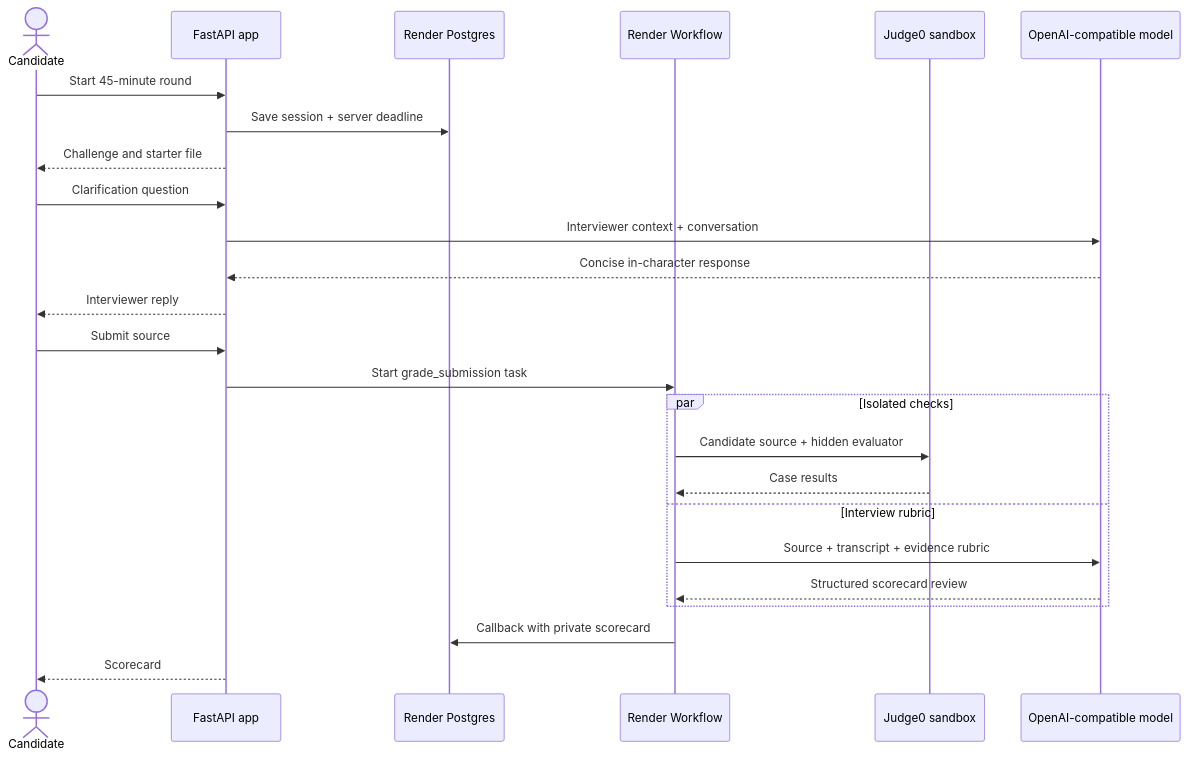
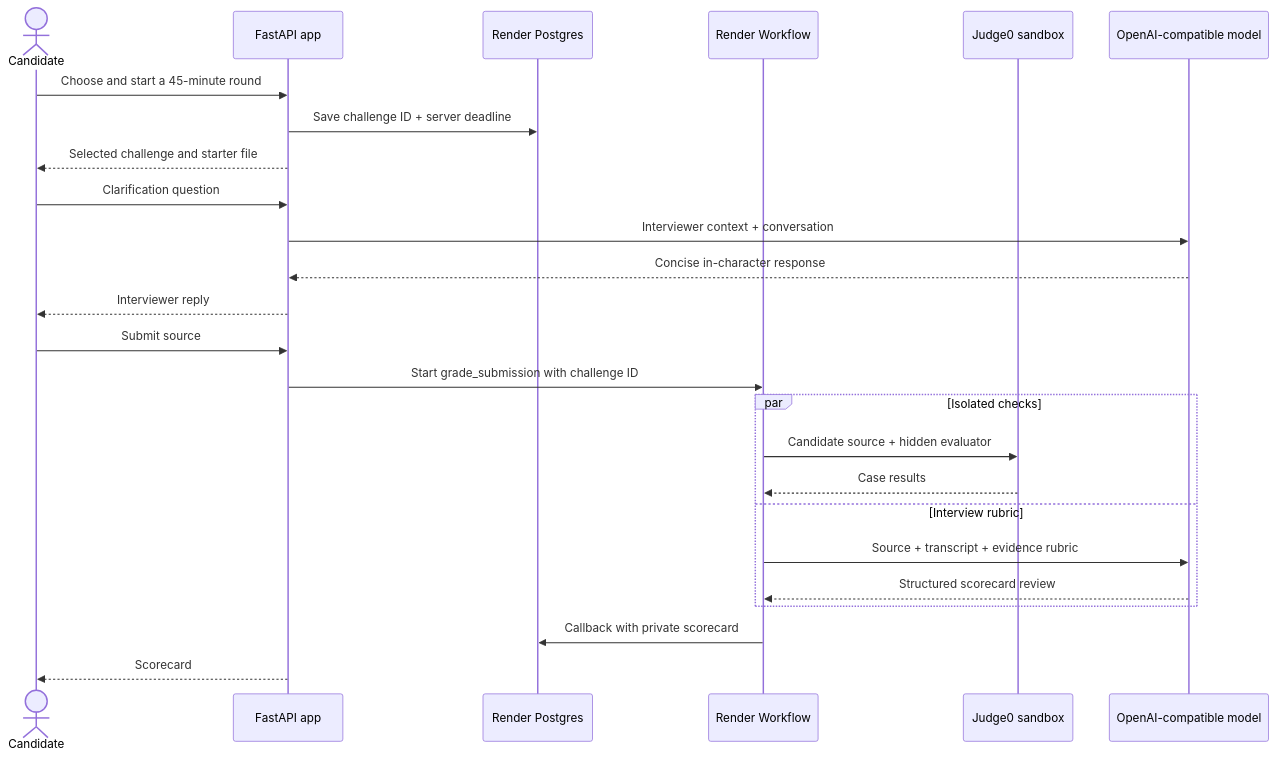
The diagram in docs/architecture.md (JatinGargz/innovertex-interviewsim), drawn with Mermaid before and after one commit. The commit also changed 11 other files, not shown here.

````diff
--- a/docs/architecture.md
+++ b/docs/architecture.md
@@ -3,28 +3,28 @@
 ```mermaid
 sequenceDiagram
     actor Candidate
     participant Web as FastAPI app
     participant DB as Render Postgres
     participant WF as Render Workflow
     participant J0 as Judge0 sandbox
     participant LLM as OpenAI-compatible model
 
-    Candidate->>Web: Start 45-minute round
-    Web->>DB: Save session + server deadline
-    Web-->>Candidate: Challenge and starter file
+    Candidate->>Web: Choose and start a 45-minute round
+    Web->>DB: Save challenge ID + server deadline
+    Web-->>Candidate: Selected challenge and starter file
     Candidate->>Web: Clarification question
     Web->>LLM: Interviewer context + conversation
     LLM-->>Web: Concise in-character response
     Web-->>Candidate: Interviewer reply
     Candidate->>Web: Submit source
-    Web->>WF: Start grade_submission task
+    Web->>WF: Start grade_submission with challenge ID
     par Isolated checks
         WF->>J0: Candidate source + hidden evaluator
         J0-->>WF: Case results
     and Interview rubric
         WF->>LLM: Source + transcript + evidence rubric
         LLM-->>WF: Structured scorecard review
     end
     WF->>DB: Callback with private scorecard
     Web-->>Candidate: Scorecard
 ```
````
